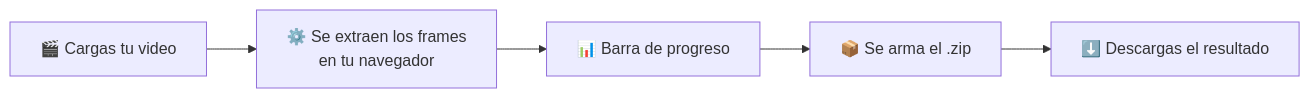
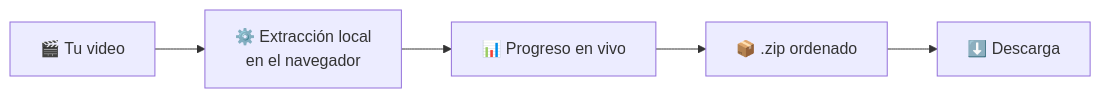
One commit to JUXCHXX/Frameo changed the diagram in README.md. Above: the diagram before and after it, drawn with Mermaid. The commit also changed other lines of this file, not shown here.

````diff
--- a/README.md
+++ b/README.md
@@ -47,7 +54,7 @@
 ```mermaid
 flowchart LR
-    A[🎬 Cargas tu video] --> B[⚙️ Se extraen los frames<br/>en tu navegador]
-    B --> C[📊 Barra de progreso]
-    C --> D[📦 Se arma el .zip]
-    D --> E[⬇️ Descargas el resultado]
+    A[🎬 Tu video] --> B[⚙️ Extracción local<br/>en el navegador]
+    B --> C[📊 Progreso en vivo]
+    C --> D[📦 .zip ordenado]
+    D --> E[⬇️ Descarga]
 ```
````
